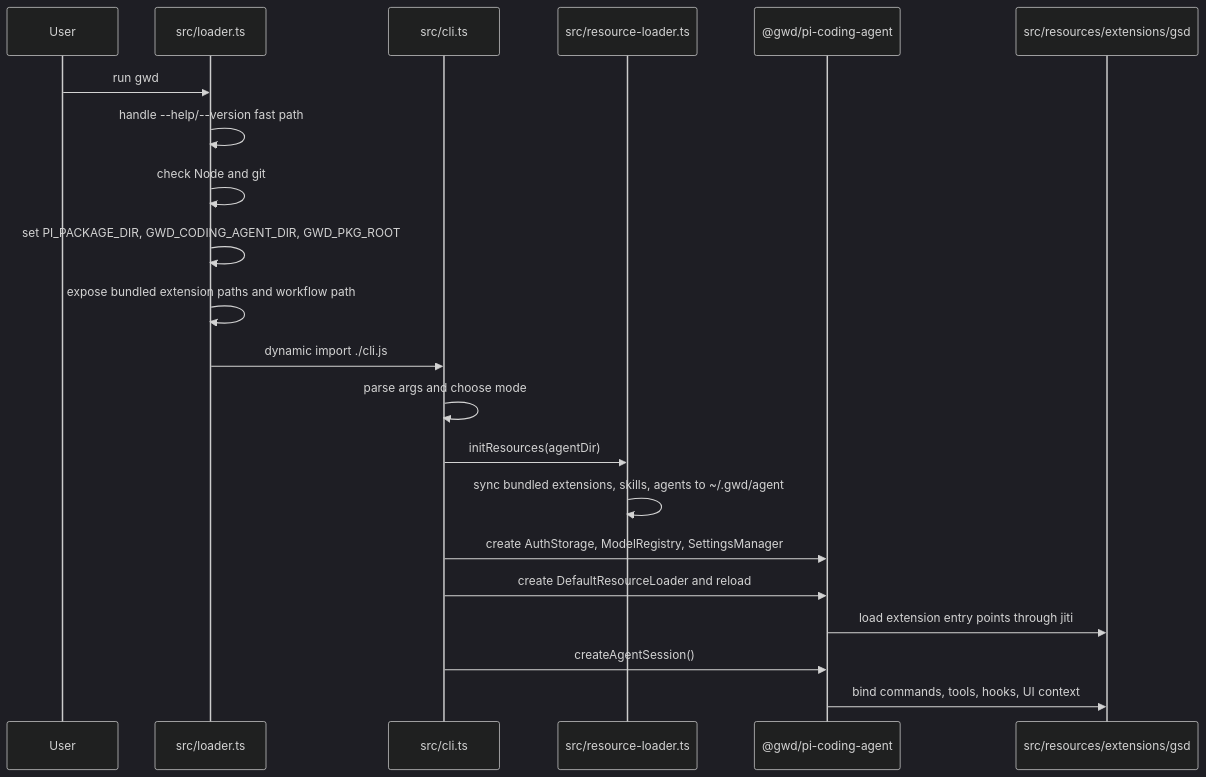
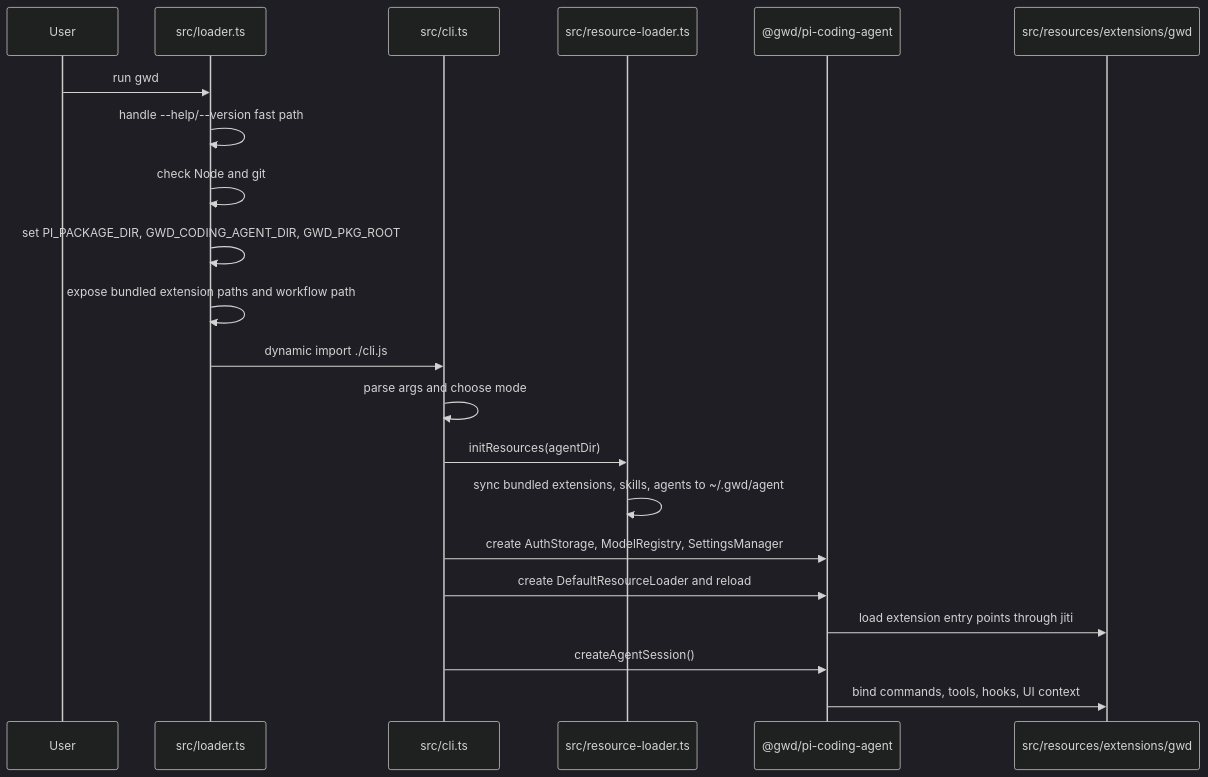
One commit to rayliu-factory/gwd changed the third of 12 diagrams in docs/dev/architecture-data-flow.md. Above: the diagram before and after it, drawn with Mermaid (dark theme). The commit also changed other lines of this file and 182 other files, not shown here.

````diff
--- a/docs/dev/architecture-data-flow.md
+++ b/docs/dev/architecture-data-flow.md
@@ -125,24 +125,24 @@
 ```mermaid
 sequenceDiagram
   participant User
   participant Loader as src/loader.ts
   participant CLI as src/cli.ts
   participant Resources as src/resource-loader.ts
   participant Pi as @gwd/pi-coding-agent
-  participant GsdExt as src/resources/extensions/gsd
+  participant GwdExt as src/resources/extensions/gwd
 
   User->>Loader: run gwd
   Loader->>Loader: handle --help/--version fast path
   Loader->>Loader: check Node and git
   Loader->>Loader: set PI_PACKAGE_DIR, GWD_CODING_AGENT_DIR, GWD_PKG_ROOT
   Loader->>Loader: expose bundled extension paths and workflow path
   Loader->>CLI: dynamic import ./cli.js
   CLI->>CLI: parse args and choose mode
   CLI->>Resources: initResources(agentDir)
   Resources->>Resources: sync bundled extensions, skills, agents to ~/.gwd/agent
   CLI->>Pi: create AuthStorage, ModelRegistry, SettingsManager
   CLI->>Pi: create DefaultResourceLoader and reload
-  Pi->>GsdExt: load extension entry points through jiti
+  Pi->>GwdExt: load extension entry points through jiti
   CLI->>Pi: createAgentSession()
-  Pi->>GsdExt: bind commands, tools, hooks, UI context
+  Pi->>GwdExt: bind commands, tools, hooks, UI context
 ```
````
